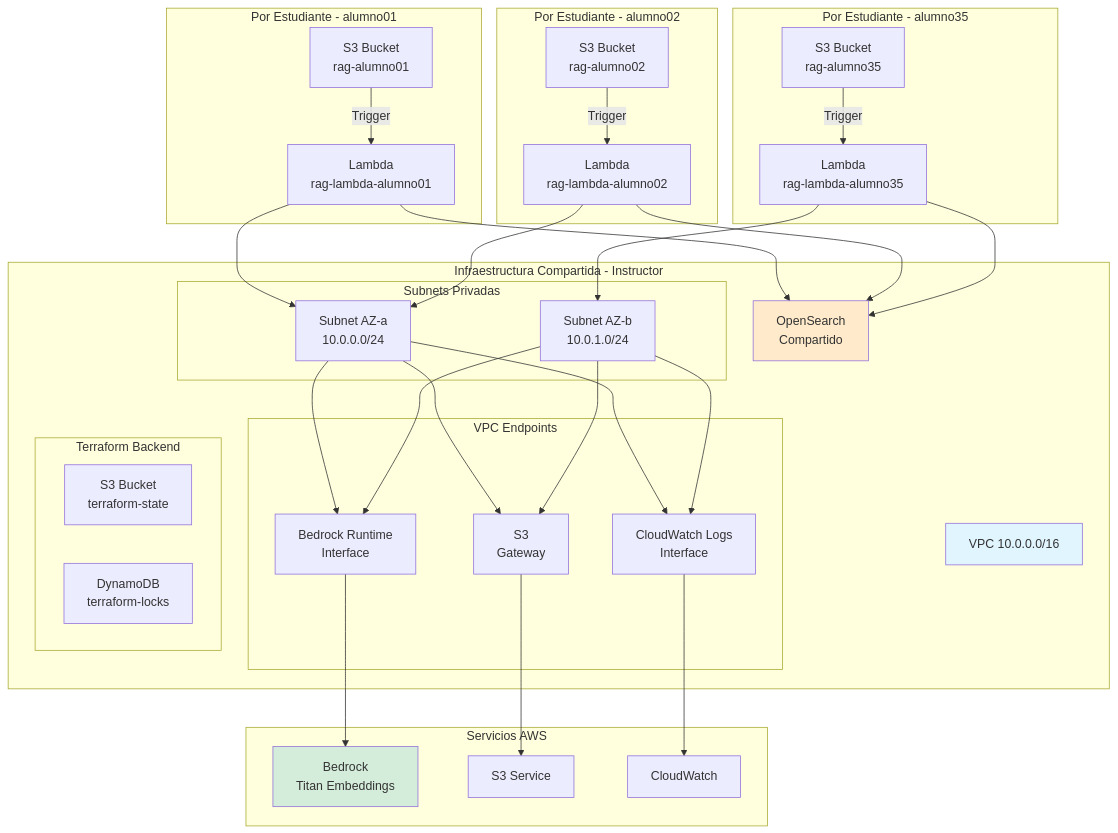
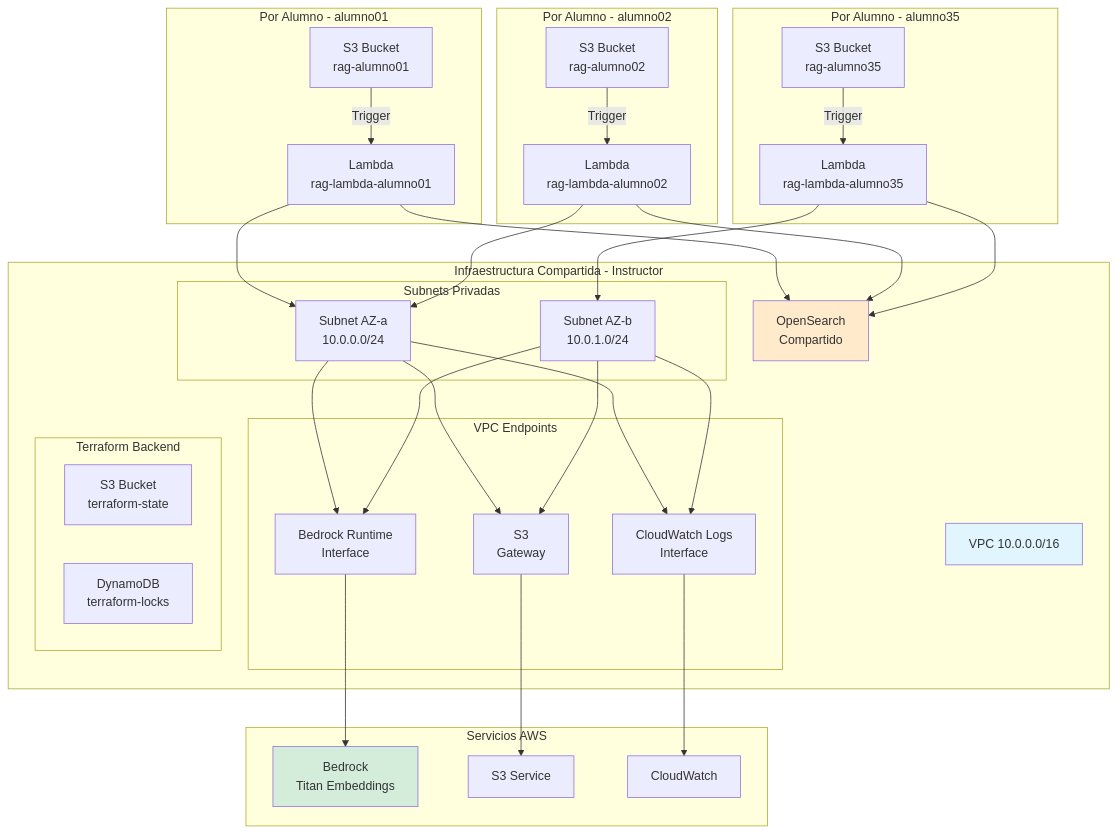
Before and after one commit to ANALITIKACLOUD/sesion-02-ia-generativa: the first of 8 diagrams in ARCHITECTURE.md, drawn with Mermaid. The commit also changed other lines of this file and 23 other files, not shown here.

````diff
--- a/ARCHITECTURE.md
+++ b/ARCHITECTURE.md
@@ -9,73 +9,73 @@
 ```mermaid
 graph TB
     subgraph "Infraestructura Compartida - Instructor"
         VPC[VPC 10.0.0.0/16]
         
         subgraph "Subnets Privadas"
             SN1[Subnet AZ-a<br/>10.0.0.0/24]
             SN2[Subnet AZ-b<br/>10.0.1.0/24]
         end
         
         subgraph "VPC Endpoints"
             VPE_BR[Bedrock Runtime<br/>Interface]
             VPE_S3[S3<br/>Gateway]
             VPE_CW[CloudWatch Logs<br/>Interface]
         end
         
         OS[OpenSearch<br/>Compartido]
         
         subgraph "Terraform Backend"
             S3_STATE[S3 Bucket<br/>terraform-state]
             DDB[DynamoDB<br/>terraform-locks]
         end
     end
     
-    subgraph "Por Estudiante - alumno01"
+    subgraph "Por Alumno - alumno01"
         S3_01[S3 Bucket<br/>rag-alumno01]
         L_01[Lambda<br/>rag-lambda-alumno01]
     end
     
-    subgraph "Por Estudiante - alumno02"
+    subgraph "Por Alumno - alumno02"
         S3_02[S3 Bucket<br/>rag-alumno02]
         L_02[Lambda<br/>rag-lambda-alumno02]
     end
     
-    subgraph "Por Estudiante - alumno35"
+    subgraph "Por Alumno - alumno35"
         S3_35[S3 Bucket<br/>rag-alumno35]
         L_35[Lambda<br/>rag-lambda-alumno35]
     end
     
     subgraph "Servicios AWS"
         BR[Bedrock<br/>Titan Embeddings]
         S3_SVC[S3 Service]
         CW[CloudWatch]
     end
     
     S3_01 -->|Trigger| L_01
     S3_02 -->|Trigger| L_02
     S3_35 -->|Trigger| L_35
     
     L_01 --> SN1
     L_02 --> SN1
     L_35 --> SN2
     
     SN1 --> VPE_BR
     SN2 --> VPE_BR
     VPE_BR --> BR
     
     SN1 --> VPE_S3
     SN2 --> VPE_S3
     VPE_S3 --> S3_SVC
     
     L_01 --> OS
     L_02 --> OS
     L_35 --> OS
     
     SN1 --> VPE_CW
     SN2 --> VPE_CW
     VPE_CW --> CW
     
     style VPC fill:#e1f5ff
     style OS fill:#ffebcc
     style BR fill:#d4edda
 ```
````
